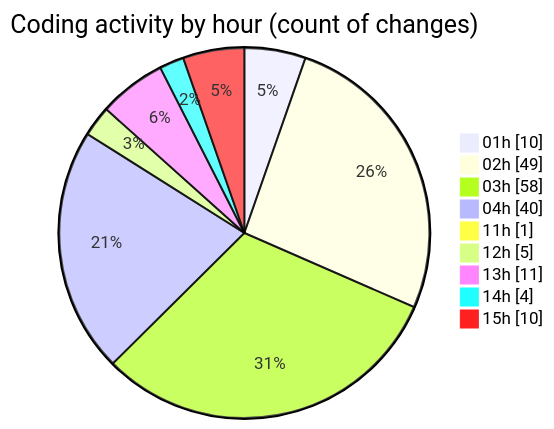
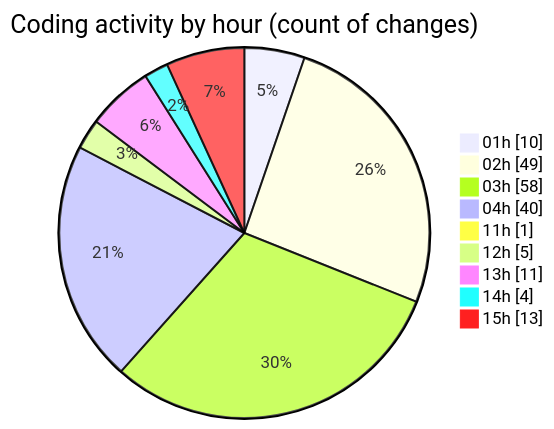
The second of 2 diagrams in 2025-11-21/eventscop-frontend-guide__workspace_/README.md (julien-gomy/code-tracking), drawn with Mermaid before and after one commit. The commit also changed other lines of this file and 1 other file, not shown here.

````diff
--- a/2025-11-21/eventscop-frontend-guide__workspace_/README.md
+++ b/2025-11-21/eventscop-frontend-guide__workspace_/README.md
@@ -75,13 +75,13 @@
 ```mermaid
 pie showData
 title Coding activity by hour (count of changes)
 "01h" : 10
 "02h" : 49
 "03h" : 58
 "04h" : 40
 "11h" : 1
 "12h" : 5
 "13h" : 11
 "14h" : 4
-"15h" : 10
+"15h" : 13
 ```
````
